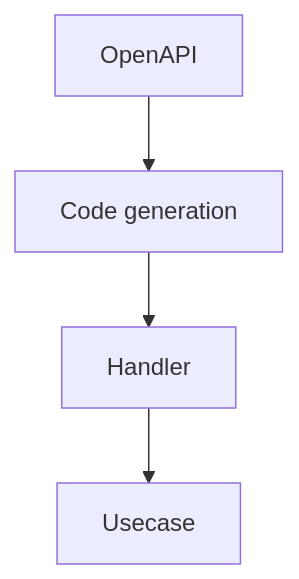
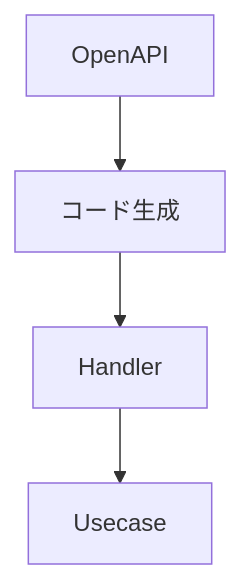
Before and after one commit to Tomy-ch/go-boilerplate: the first of 3 diagrams in docs/development-flow.md, drawn with Mermaid. The commit also changed other lines of this file and 970 other files, not shown here.

````diff
--- a/docs/development-flow.md
+++ b/docs/development-flow.md
@@ -19,4 +19,4 @@
 ```mermaid
 flowchart TB
-    OpenAPI --> Gen["Code generation"] --> Handler --> Usecase
+    OpenAPI --> Gen["コード生成"] --> Handler --> Usecase
 ```
````
